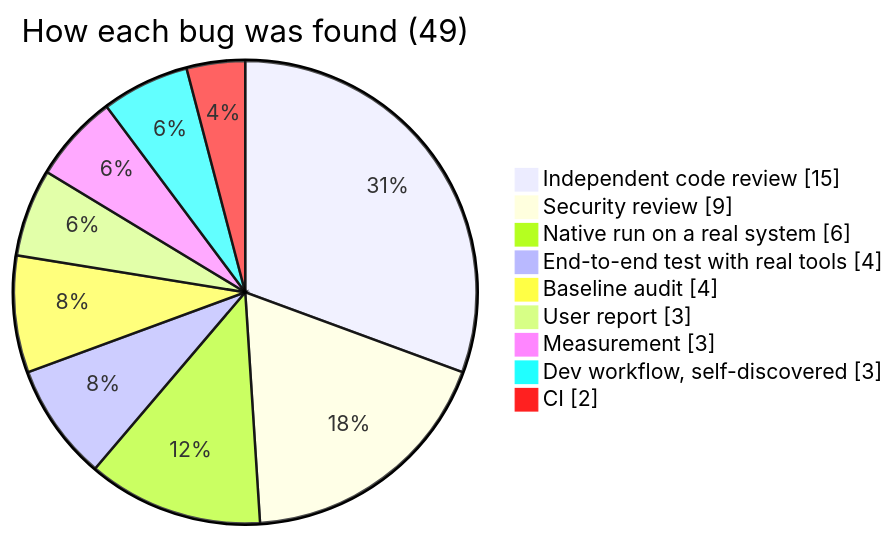
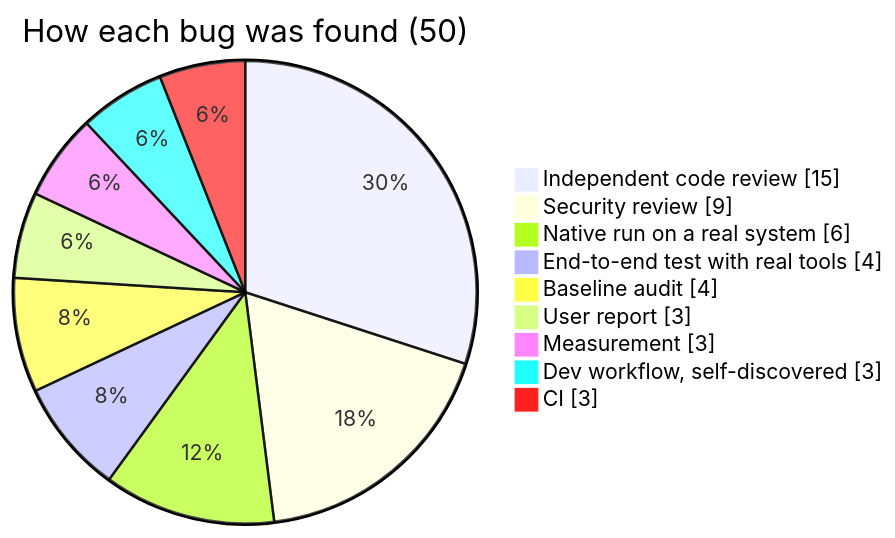
Before and after one commit to XKeviNguyen/HighVi: the fourth of 10 diagrams in docs/JOURNEY.md, drawn with Mermaid. The commit also changed other lines of this file and 1 other file, not shown here.

````diff
--- a/docs/JOURNEY.md
+++ b/docs/JOURNEY.md
@@ -85,13 +85,13 @@
 ```mermaid
 pie showData
-  title How each bug was found (49)
+  title How each bug was found (50)
   "Independent code review" : 15
   "Security review" : 9
   "Native run on a real system" : 6
   "End-to-end test with real tools" : 4
   "Baseline audit" : 4
   "User report" : 3
   "Measurement" : 3
   "Dev workflow, self-discovered" : 3
-  "CI" : 2
+  "CI" : 3
 ```
````
